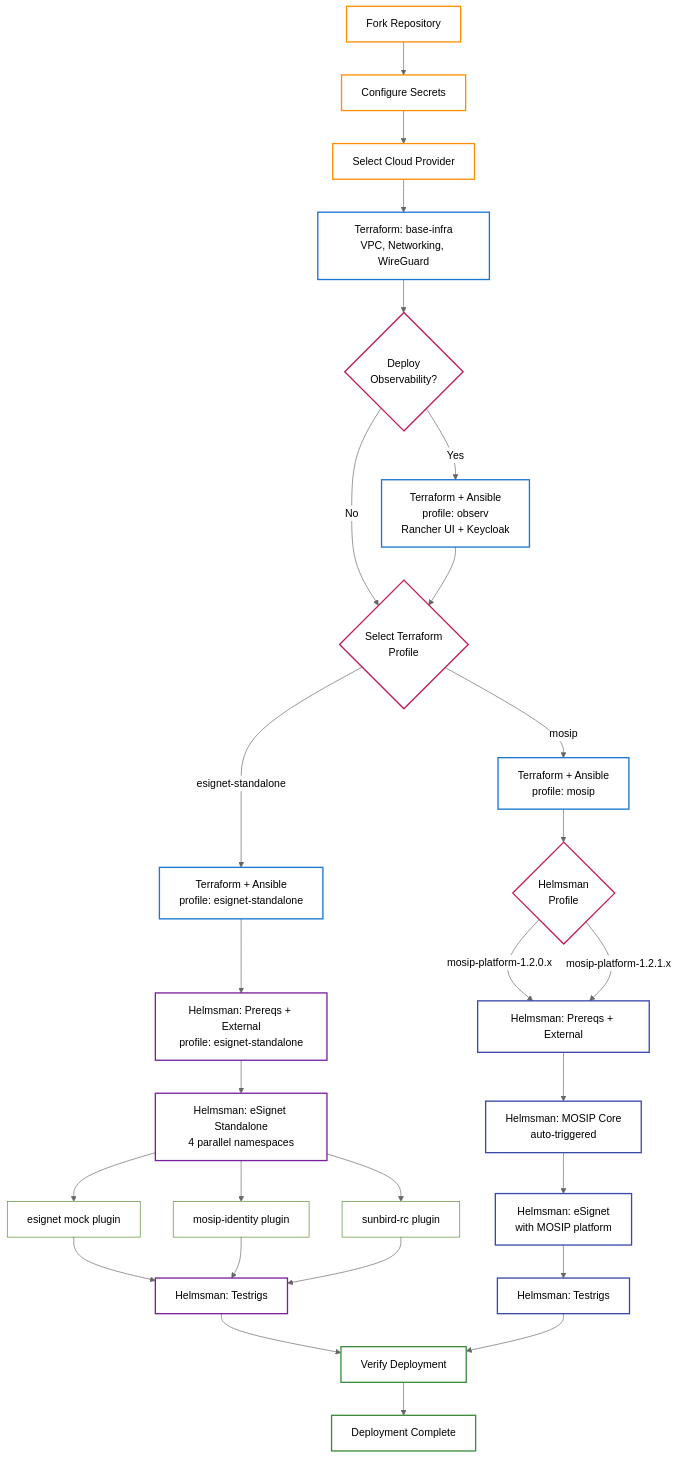
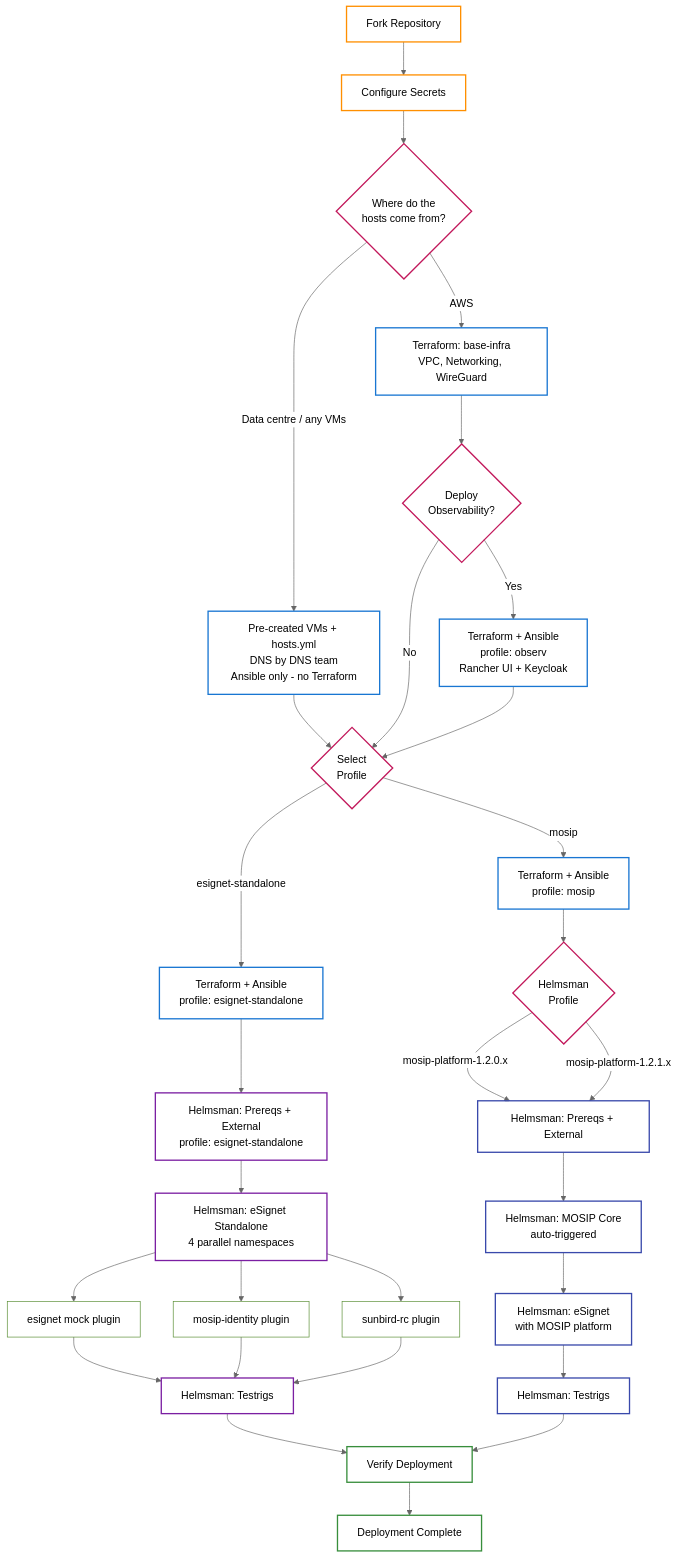
The third of 3 diagrams in README.md (mosip/infra), drawn with Mermaid before and after one commit. The commit also changed other lines of this file and 10 other files, not shown here.

First line of the commit message:
docs: data-centre guide; align all docs and diagrams with the new approach

````diff
--- a/README.md
+++ b/README.md
@@ -28,61 +101,64 @@
 ```mermaid
 %%{init: {'theme': 'neutral'}}%%
 graph TB
     %% Prerequisites
     A[Fork Repository] --> B[Configure Secrets]
-    B --> C[Select Cloud Provider]
+    B --> C{Where do the<br/>hosts come from?}
 
     %% Infrastructure Phase
-    C --> D[Terraform: base-infra<br/>VPC, Networking, WireGuard]
+    C -->|AWS| D[Terraform: base-infra<br/>VPC, Networking, WireGuard]
+    C -->|Data centre / any VMs| DCV[Pre-created VMs + hosts.yml<br/>DNS by DNS team<br/>Ansible only - no Terraform]
+    DCV --> PS
     D --> OBS{Deploy<br/>Observability?}
     OBS -->|Yes| F[Terraform + Ansible<br/>profile: observ<br/>Rancher UI + Keycloak]
     OBS -->|No| PS
     F --> PS
 
-    %% Terraform Profile Selection
-    PS{Select Terraform<br/>Profile}
+    %% Profile selection (same profiles on AWS and data centre)
+    PS{Select<br/>Profile}
     PS -->|esignet-standalone| TF_ES[Terraform + Ansible<br/>profile: esignet-standalone]
     PS -->|mosip| TF_MP[Terraform + Ansible<br/>profile: mosip]
 
     %% ── eSignet Standalone Flow — Helmsman profile: esignet ─────
     TF_ES --> ES_EXT[Helmsman: Prereqs + External<br/>profile: esignet-standalone]
     ES_EXT --> ES_ESIGNET[Helmsman: eSignet Standalone<br/>4 parallel namespaces]
 
     ES_ESIGNET --> NS1[esignet mock plugin]
     ES_ESIGNET --> NS2[mosip-identity plugin]
     ES_ESIGNET --> NS4[sunbird-rc plugin]
 
     NS1 --> ES_TRIGS[Helmsman: Testrigs]
     NS2 --> ES_TRIGS
     NS4 --> ES_TRIGS
 
     %% ── MOSIP Platform Flow — Helmsman profile selection ────────
     TF_MP --> MP_VER{Helmsman<br/>Profile}
     MP_VER -->|mosip-platform-1.2.0.x| MP_EXT[Helmsman: Prereqs + External]
     MP_VER -->|mosip-platform-1.2.1.x| MP_EXT
     MP_EXT --> MP_MOSIP[Helmsman: MOSIP Core<br/>auto-triggered]
     MP_MOSIP --> MP_ESIGNET[Helmsman: eSignet<br/>with MOSIP platform]
     MP_ESIGNET --> MP_TRIGS[Helmsman: Testrigs]
 
     %% Final Verification
     ES_TRIGS --> V[Verify Deployment]
     MP_TRIGS --> V
     V --> DONE[Deployment Complete]
 
     %% Styling — transparent fills for readability in both light and dark themes
     classDef prereq fill:none,stroke:#ff8f00,stroke-width:2px
     classDef terraform fill:none,stroke:#1976d2,stroke-width:2px
     classDef helmsman fill:none,stroke:#7b1fa2,stroke-width:2px
     classDef mosip fill:none,stroke:#3949ab,stroke-width:2px
     classDef ns fill:none,stroke:#558b2f,stroke-width:1px
     classDef success fill:none,stroke:#388e3c,stroke-width:2px
     classDef decision fill:none,stroke:#c2185b,stroke-width:2px
 
-    class A,B,C prereq
+    class A,B prereq
+    class DCV terraform
     class D,F,TF_ES,TF_MP terraform
     class ES_EXT,ES_ESIGNET,ES_TRIGS helmsman
     class MP_EXT,MP_MOSIP,MP_ESIGNET,MP_TRIGS mosip
     class NS1,NS2,NS3,NS4 ns
     class V,DONE success
-    class OBS,PS,MP_VER decision
+    class C,OBS,PS,MP_VER decision
 ```
````
